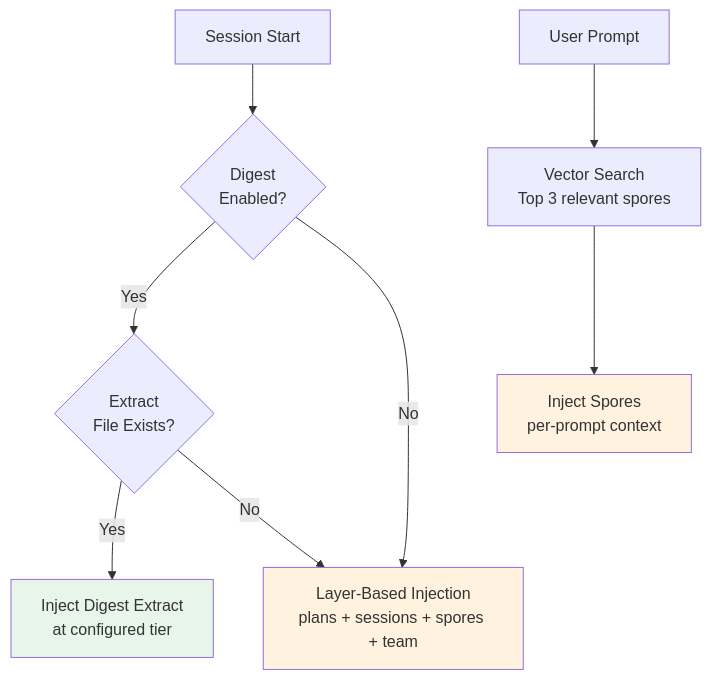
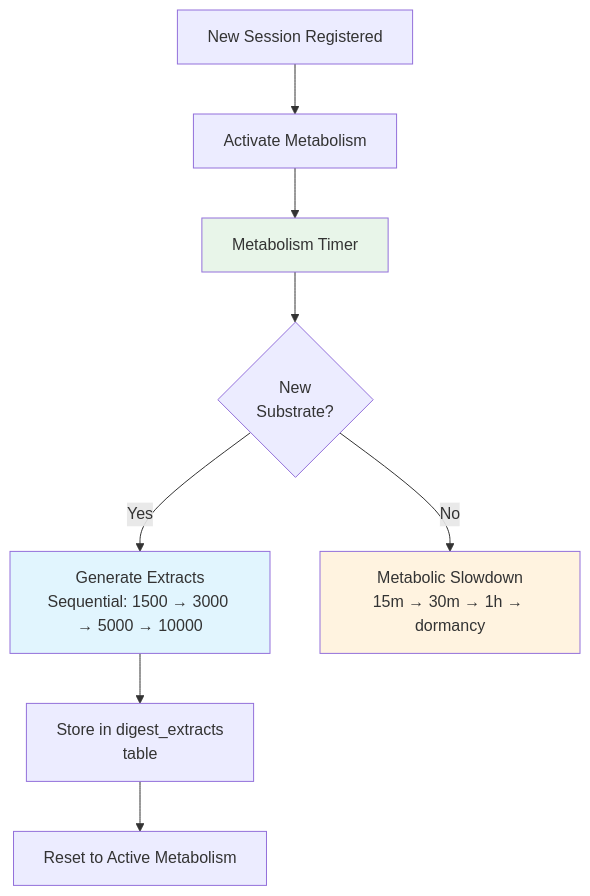
One commit to goondocks-co/myco changed the third of 8 diagrams in docs/lifecycle.md. Above: the diagram before and after it, drawn with Mermaid. The commit also changed other lines of this file and 17 other files, not shown here.

````diff
--- a/docs/lifecycle.md
+++ b/docs/lifecycle.md
@@ -101,15 +137,15 @@
 ```mermaid
 flowchart TD
-    Start[Session Start] --> DigestEnabled{Digest<br/>Enabled?}
-    DigestEnabled -->|Yes| ExtractExists{Extract<br/>File Exists?}
-    ExtractExists -->|Yes| Inject[Inject Digest Extract<br/>at configured tier]
-    ExtractExists -->|No| Fallback[Layer-Based Injection<br/>plans + sessions + spores + team]
-    DigestEnabled -->|No| Fallback
+    Timer[Metabolism Timer] --> Check{New<br/>Substrate?}
+    Check -->|Yes| Tiers[Generate Extracts<br/>Sequential: 1500 → 3000 → 5000 → 10000]
+    Check -->|No| Backoff[Metabolic Slowdown<br/>15m → 30m → 1h → dormancy]
+    Tiers --> Store[Store in digest_extracts<br/>table]
+    Store --> Reset[Reset to Active Metabolism]
 
-    Prompt[User Prompt] --> VectorSearch[Vector Search<br/>Top 3 relevant spores]
-    VectorSearch --> InjectSpores[Inject Spores<br/>per-prompt context]
+    Session[New Session Registered] --> Activate[Activate Metabolism]
+    Activate --> Timer
 
-    style Inject fill:#e8f5e9
-    style Fallback fill:#fff3e0
-    style InjectSpores fill:#fff3e0
+    style Timer fill:#e8f5e9
+    style Backoff fill:#fff3e0
+    style Tiers fill:#e1f5fe
 ```
````
